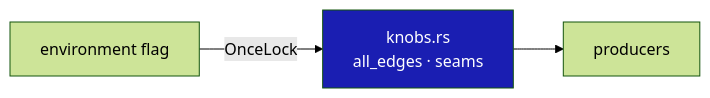
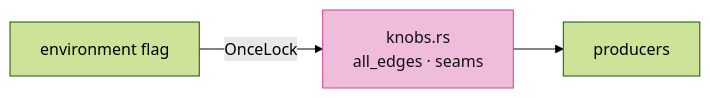
Diagram 11 of 14 in session_viewer/docs/06-cad-contract.md (petrasvestartas/session), drawn with Mermaid (forest theme) before and after one commit. The commit also changed other lines of this file and 23 other files, not shown here.

Commit message:
Course: Mermaid nodes white with black text, highlighted nodes pink, white arrows and edge labels on the black ground

````diff
--- a/session_viewer/docs/06-cad-contract.md
+++ b/session_viewer/docs/06-cad-contract.md
@@ -212,6 +212,6 @@
 ```mermaid
 flowchart LR
     E["environment flag"] -- "OnceLock" --> K["knobs.rs<br/>all_edges · seams"]
     K --> P["producers"]
-    style K fill:#1a1eb2,color:#fff
+    style K fill:#f0bcdb,stroke:#ce4095,color:#111
 ```
````
